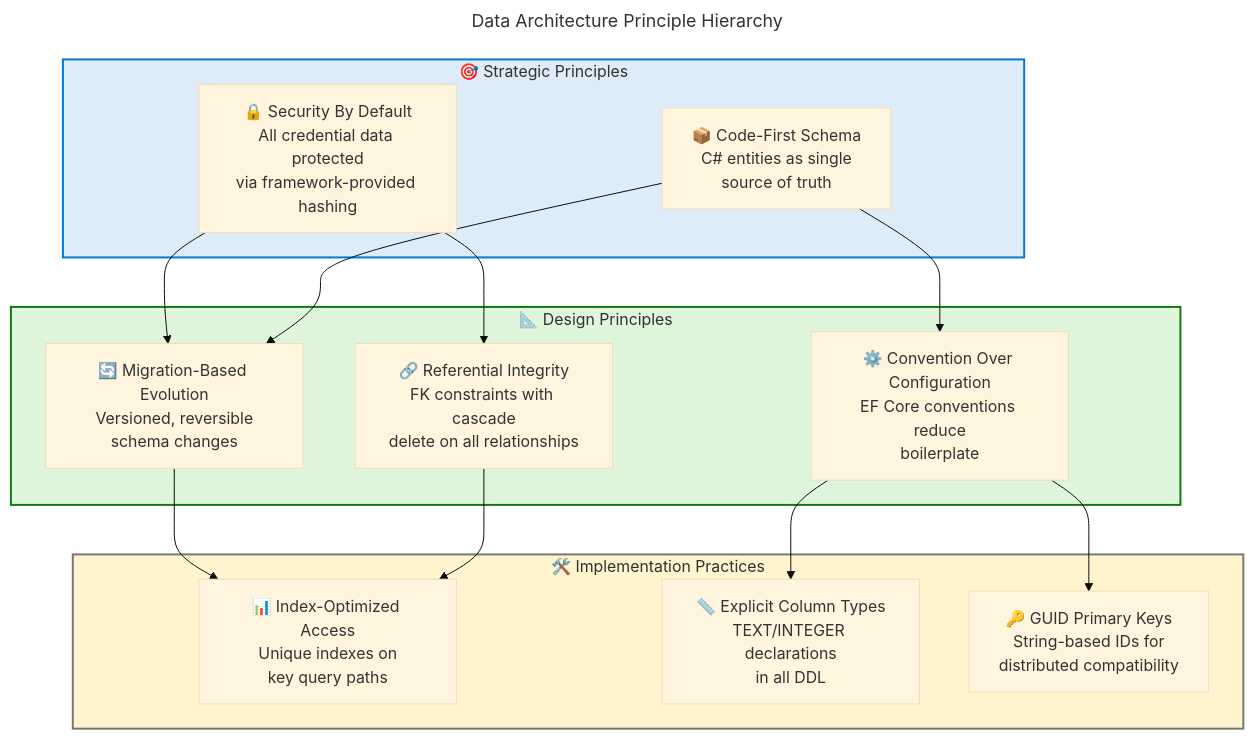
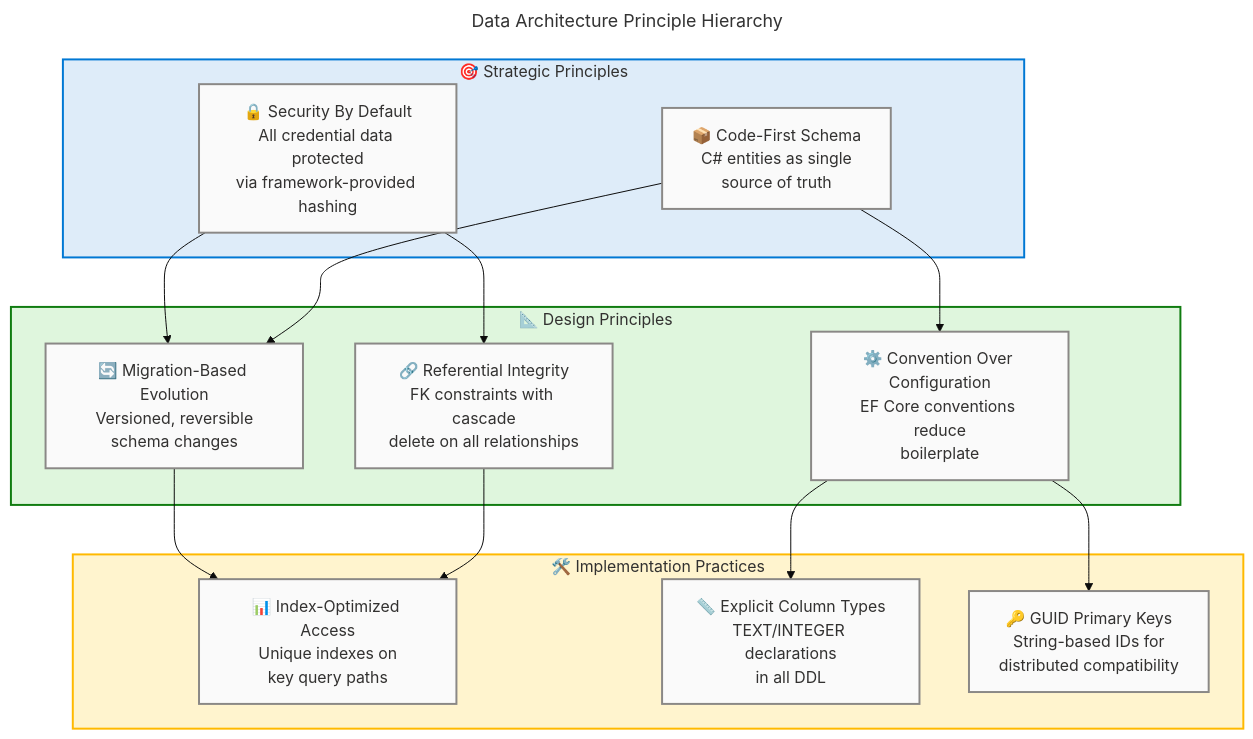
One commit to Evilazaro/IdentityProvider changed the third of 13 diagrams in docs/architecture/data-architecture.md. Above: the diagram before and after it, drawn with Mermaid. The commit also changed other lines of this file, not shown here.

Commit message:
Enhance data architecture diagrams with accessibility features and improved styling for clarity

````diff
--- a/docs/architecture/data-architecture.md
+++ b/docs/architecture/data-architecture.md
@@ -251,46 +271,56 @@
 ```mermaid
 ---
 title: Data Architecture Principle Hierarchy
 config:
   theme: base
   look: classic
   layout: dagre
   themeVariables:
     fontSize: '16px'
   flowchart:
     htmlLabels: true
 ---
 flowchart TB
     accTitle: Data Architecture Principle Hierarchy
     accDescr: Hierarchical diagram showing how data architecture principles cascade from strategic principles through design principles to implementation practices
 
+    %% ── AZURE / FLUENT v1.1 ──────────────────────────────────
+    %% PHASE 1 — Structural ✔  direction explicit, nesting ≤ 3
+    %% PHASE 2 — Semantic   ✔  neutral-first, max 5 classes
+    %% PHASE 3 — Font       ✔  dark text on light bg
+    %% PHASE 4 — Accessibility ✔  accTitle + accDescr present
+    %% PHASE 5 — Standards  ✔  centralized classDefs below
+    %% ─────────────────────────────────────────────────────────
+
     subgraph STRATEGIC["🎯 Strategic Principles"]
-        SP1["🔒 Security By Default\nAll credential data protected\nvia framework-provided hashing"]
-        SP2["📦 Code-First Schema\nC# entities as single\nsource of truth"]
+        SP1["🔒 Security By Default\nAll credential data protected\nvia framework-provided hashing"]:::neutral
+        SP2["📦 Code-First Schema\nC# entities as single\nsource of truth"]:::neutral
     end
 
     subgraph DESIGN["📐 Design Principles"]
-        DP1["🔄 Migration-Based Evolution\nVersioned, reversible\nschema changes"]
-        DP2["⚙️ Convention Over Configuration\nEF Core conventions reduce\nboilerplate"]
-        DP3["🔗 Referential Integrity\nFK constraints with cascade\ndelete on all relationships"]
+        DP1["🔄 Migration-Based Evolution\nVersioned, reversible\nschema changes"]:::neutral
+        DP2["⚙️ Convention Over Configuration\nEF Core conventions reduce\nboilerplate"]:::neutral
+        DP3["🔗 Referential Integrity\nFK constraints with cascade\ndelete on all relationships"]:::neutral
     end
 
     subgraph IMPLEMENTATION["🛠️ Implementation Practices"]
-        IP1["📊 Index-Optimized Access\nUnique indexes on\nkey query paths"]
-        IP2["📏 Explicit Column Types\nTEXT/INTEGER declarations\nin all DDL"]
-        IP3["🔑 GUID Primary Keys\nString-based IDs for\ndistributed compatibility"]
+        IP1["📊 Index-Optimized Access\nUnique indexes on\nkey query paths"]:::neutral
+        IP2["📏 Explicit Column Types\nTEXT/INTEGER declarations\nin all DDL"]:::neutral
+        IP3["🔑 GUID Primary Keys\nString-based IDs for\ndistributed compatibility"]:::neutral
     end
 
     SP1 --> DP1
     SP1 --> DP3
     SP2 --> DP1
     SP2 --> DP2
     DP1 --> IP1
     DP2 --> IP2
     DP3 --> IP1
     DP2 --> IP3
 
+    classDef neutral fill:#FAFAFA,stroke:#8A8886,stroke-width:2px,color:#323130
+
     style STRATEGIC fill:#DEECF9,stroke:#0078D4,stroke-width:2px,color:#323130
     style DESIGN fill:#DFF6DD,stroke:#107C10,stroke-width:2px,color:#323130
-    style IMPLEMENTATION fill:#FFF4CE,stroke:#797673,stroke-width:2px,color:#323130
+    style IMPLEMENTATION fill:#FFF4CE,stroke:#FFB900,stroke-width:2px,color:#323130
 ```
````
